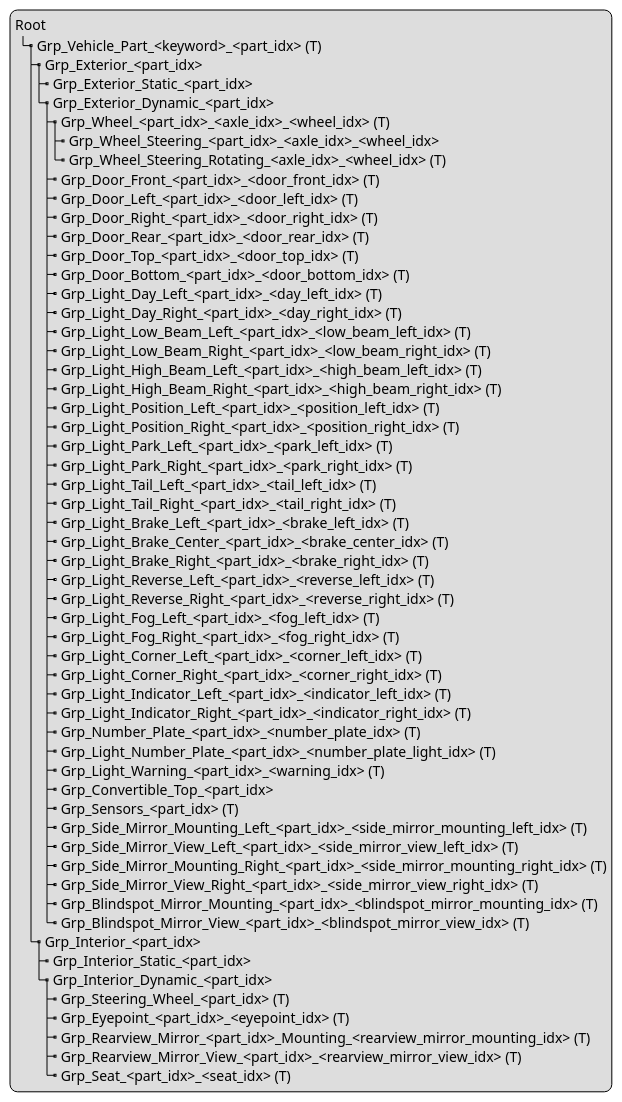
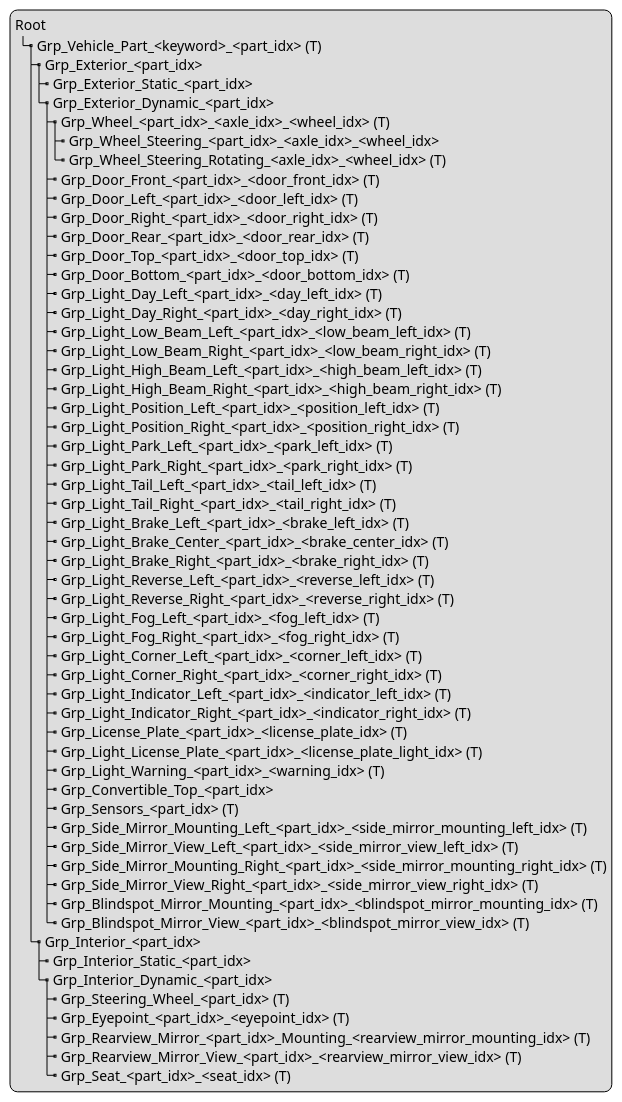
The diagram in content/geometry/object-vehicle/vehicle-structure-model-structure.adoc (asam-ev/OpenMATERIAL), drawn with PlantUML before and after one commit. The commit also changed other lines of this file, not shown here.

```diff
--- a/content/geometry/object-vehicle/vehicle-structure-model-structure.adoc
+++ b/content/geometry/object-vehicle/vehicle-structure-model-structure.adoc
@@ -5,61 +5,61 @@
 [plantuml]
 ----
 legend
 Root
 |_ Grp_Vehicle_Part_<keyword>_<part_idx> (T)
   |_ Grp_Exterior_<part_idx>
     |_ Grp_Exterior_Static_<part_idx>
     |_ Grp_Exterior_Dynamic_<part_idx>
       |_ Grp_Wheel_<part_idx>_<axle_idx>_<wheel_idx> (T)
         |_ Grp_Wheel_Steering_<part_idx>_<axle_idx>_<wheel_idx>
         |_ Grp_Wheel_Steering_Rotating_<axle_idx>_<wheel_idx> (T)
       |_ Grp_Door_Front_<part_idx>_<door_front_idx> (T)
       |_ Grp_Door_Left_<part_idx>_<door_left_idx> (T)
       |_ Grp_Door_Right_<part_idx>_<door_right_idx> (T)
       |_ Grp_Door_Rear_<part_idx>_<door_rear_idx> (T)
       |_ Grp_Door_Top_<part_idx>_<door_top_idx> (T)
       |_ Grp_Door_Bottom_<part_idx>_<door_bottom_idx> (T)
       |_ Grp_Light_Day_Left_<part_idx>_<day_left_idx> (T)
       |_ Grp_Light_Day_Right_<part_idx>_<day_right_idx> (T)
       |_ Grp_Light_Low_Beam_Left_<part_idx>_<low_beam_left_idx> (T)
       |_ Grp_Light_Low_Beam_Right_<part_idx>_<low_beam_right_idx> (T)
       |_ Grp_Light_High_Beam_Left_<part_idx>_<high_beam_left_idx> (T)
       |_ Grp_Light_High_Beam_Right_<part_idx>_<high_beam_right_idx> (T)
       |_ Grp_Light_Position_Left_<part_idx>_<position_left_idx> (T)
       |_ Grp_Light_Position_Right_<part_idx>_<position_right_idx> (T)
       |_ Grp_Light_Park_Left_<part_idx>_<park_left_idx> (T)
       |_ Grp_Light_Park_Right_<part_idx>_<park_right_idx> (T)
       |_ Grp_Light_Tail_Left_<part_idx>_<tail_left_idx> (T)
       |_ Grp_Light_Tail_Right_<part_idx>_<tail_right_idx> (T)
       |_ Grp_Light_Brake_Left_<part_idx>_<brake_left_idx> (T)
       |_ Grp_Light_Brake_Center_<part_idx>_<brake_center_idx> (T)
       |_ Grp_Light_Brake_Right_<part_idx>_<brake_right_idx> (T)
       |_ Grp_Light_Reverse_Left_<part_idx>_<reverse_left_idx> (T)
       |_ Grp_Light_Reverse_Right_<part_idx>_<reverse_right_idx> (T)
       |_ Grp_Light_Fog_Left_<part_idx>_<fog_left_idx> (T)
       |_ Grp_Light_Fog_Right_<part_idx>_<fog_right_idx> (T)
       |_ Grp_Light_Corner_Left_<part_idx>_<corner_left_idx> (T)
       |_ Grp_Light_Corner_Right_<part_idx>_<corner_right_idx> (T)
       |_ Grp_Light_Indicator_Left_<part_idx>_<indicator_left_idx> (T)
       |_ Grp_Light_Indicator_Right_<part_idx>_<indicator_right_idx> (T)
-      |_ Grp_Number_Plate_<part_idx>_<number_plate_idx> (T)
-      |_ Grp_Light_Number_Plate_<part_idx>_<number_plate_light_idx> (T)
+      |_ Grp_License_Plate_<part_idx>_<license_plate_idx> (T)
+      |_ Grp_Light_License_Plate_<part_idx>_<license_plate_light_idx> (T)
       |_ Grp_Light_Warning_<part_idx>_<warning_idx> (T)
       |_ Grp_Convertible_Top_<part_idx>
       |_ Grp_Sensors_<part_idx> (T)
       |_ Grp_Side_Mirror_Mounting_Left_<part_idx>_<side_mirror_mounting_left_idx> (T)
       |_ Grp_Side_Mirror_View_Left_<part_idx>_<side_mirror_view_left_idx> (T)
       |_ Grp_Side_Mirror_Mounting_Right_<part_idx>_<side_mirror_mounting_right_idx> (T)
       |_ Grp_Side_Mirror_View_Right_<part_idx>_<side_mirror_view_right_idx> (T)
       |_ Grp_Blindspot_Mirror_Mounting_<part_idx>_<blindspot_mirror_mounting_idx> (T)
       |_ Grp_Blindspot_Mirror_View_<part_idx>_<blindspot_mirror_view_idx> (T)
   |_ Grp_Interior_<part_idx>
     |_ Grp_Interior_Static_<part_idx>
     |_ Grp_Interior_Dynamic_<part_idx>
       |_ Grp_Steering_Wheel_<part_idx> (T)
       |_ Grp_Eyepoint_<part_idx>_<eyepoint_idx> (T)
       |_ Grp_Rearview_Mirror_<part_idx>_Mounting_<rearview_mirror_mounting_idx> (T)
       |_ Grp_Rearview_Mirror_View_<part_idx>_<rearview_mirror_view_idx> (T)
       |_ Grp_Seat_<part_idx>_<seat_idx> (T)
 end legend
 ----
```
